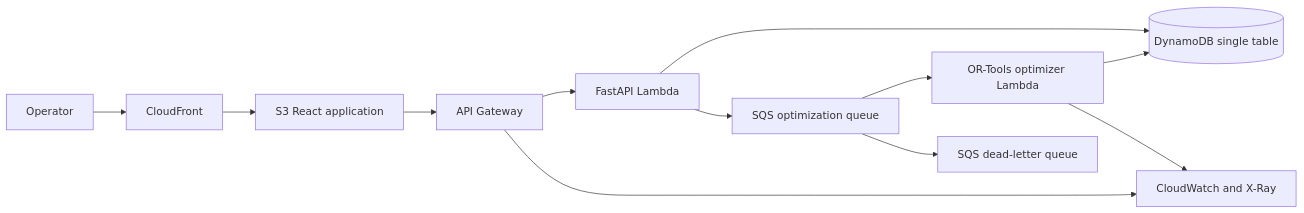
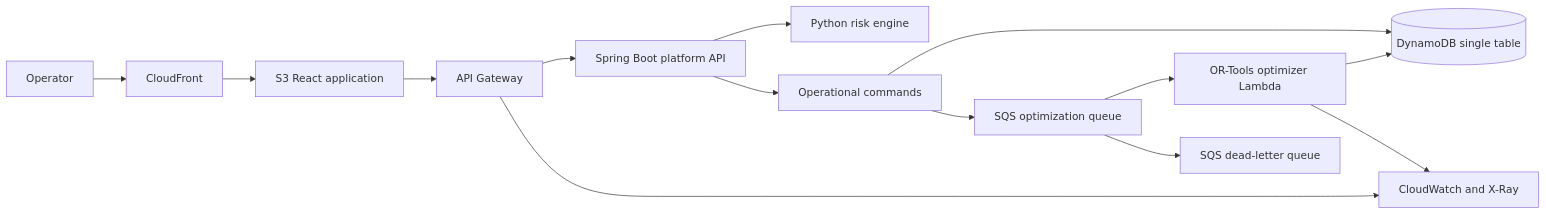
The diagram in docs/architecture.md (signalgap9-del/peachtree-dispatch), drawn with Mermaid before and after one commit. The commit also changed other lines of this file and 77 other files, not shown here.

````diff
--- a/docs/architecture.md
+++ b/docs/architecture.md
@@ -28,14 +29,16 @@
 ```mermaid
 flowchart LR
     User[Operator] --> CloudFront
     CloudFront --> Web[S3 React application]
     Web --> Api[API Gateway]
-    Api --> Commands[FastAPI Lambda]
+    Api --> Platform[Spring Boot platform API]
+    Platform --> Risk[Python risk engine]
+    Platform --> Commands[Operational commands]
     Commands --> Table[(DynamoDB single table)]
     Commands --> Queue[SQS optimization queue]
     Queue --> Worker[OR-Tools optimizer Lambda]
     Worker --> Table
     Queue --> DLQ[SQS dead-letter queue]
     Api --> Observability[CloudWatch and X-Ray]
     Worker --> Observability
 ```
````
